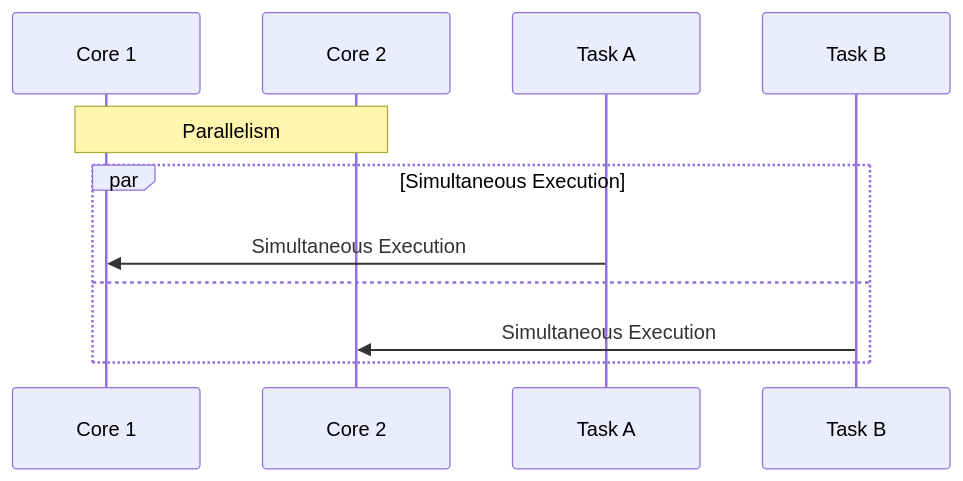
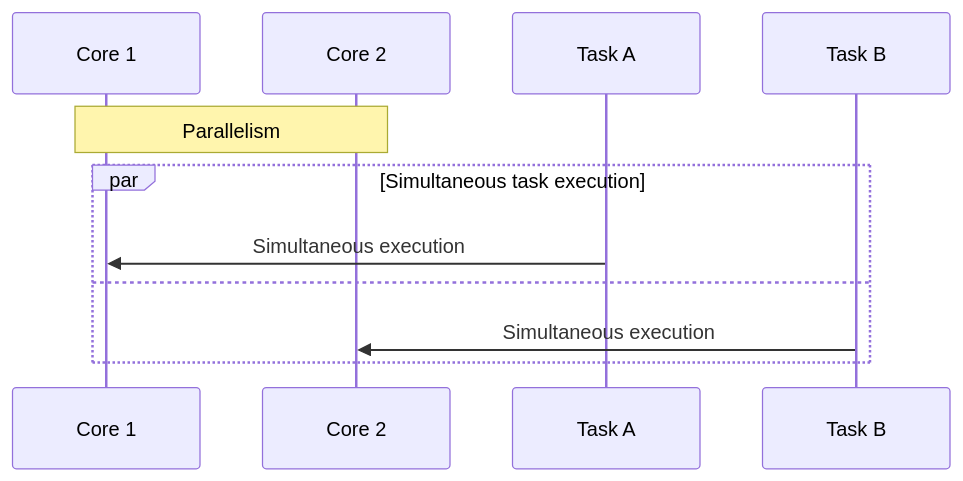
One commit to bmf-san/bmf-tech changed the second of 2 diagrams in content/en/posts/go-concurrency-parallelism-models.md. Above: the diagram before and after it, drawn with Mermaid. The commit also changed other lines of this file and 425 other files, not shown here.

````diff
--- a/content/en/posts/go-concurrency-parallelism-models.md
+++ b/content/en/posts/go-concurrency-parallelism-models.md
@@ -49,14 +51,14 @@
 ```mermaid
 sequenceDiagram
     participant Core1 as Core 1
     participant Core2 as Core 2
     participant TaskA as Task A
     participant TaskB as Task B
 
     Note over Core1,Core2: Parallelism
-    par Simultaneous Execution
-        TaskA->>Core1: Simultaneous Execution
+    par Simultaneous task execution
+        TaskA->>Core1: Simultaneous execution
     and
-        TaskB->>Core2: Simultaneous Execution
+        TaskB->>Core2: Simultaneous execution
     end
 ```
````
